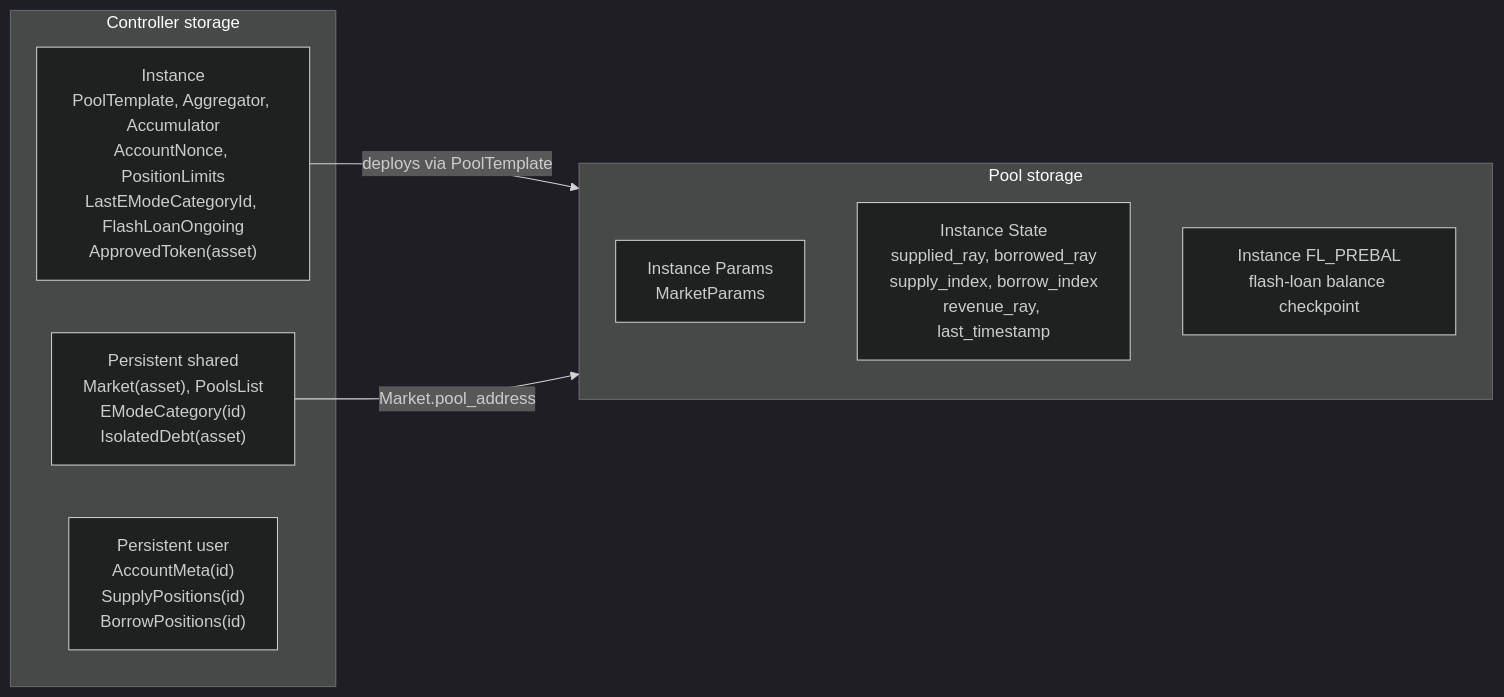
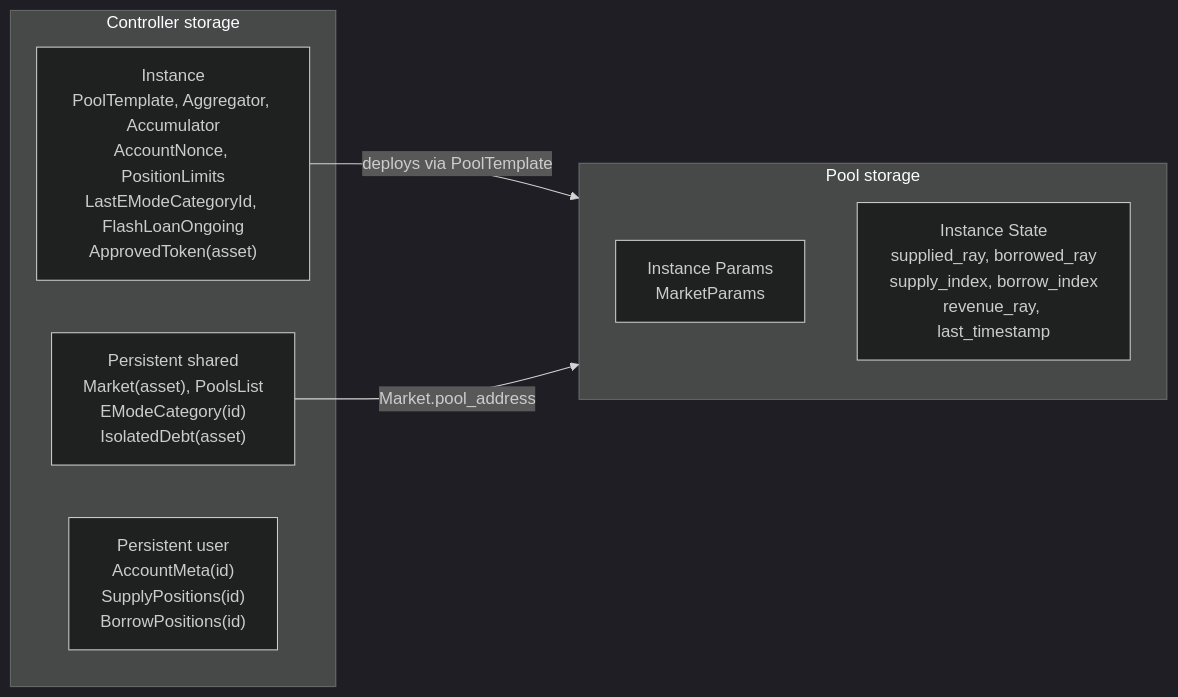
Before and after one commit to XOXNO/rs-lending-xlm: diagram 12 of 14 in SCF_BUILD_ARCHITECTURE.md, drawn with Mermaid (dark theme). The commit also changed other lines of this file and 23 other files, not shown here.

Commit message:
Harden flash loan flow

````diff
--- a/SCF_BUILD_ARCHITECTURE.md
+++ b/SCF_BUILD_ARCHITECTURE.md
@@ -869,17 +870,16 @@
 ```mermaid
 flowchart LR
     subgraph ControllerStorage["Controller storage"]
         I["Instance<br/>PoolTemplate, Aggregator, Accumulator<br/>AccountNonce, PositionLimits<br/>LastEModeCategoryId, FlashLoanOngoing<br/>ApprovedToken(asset)"]
         M["Persistent shared<br/>Market(asset), PoolsList<br/>EModeCategory(id)<br/>IsolatedDebt(asset)"]
         U["Persistent user<br/>AccountMeta(id)<br/>SupplyPositions(id)<br/>BorrowPositions(id)"]
     end
 
     subgraph PoolStorage["Pool storage"]
         PS["Instance Params<br/>MarketParams"]
         ST["Instance State<br/>supplied_ray, borrowed_ray<br/>supply_index, borrow_index<br/>revenue_ray, last_timestamp"]
-        FL["Instance FL_PREBAL<br/>flash-loan balance checkpoint"]
     end
 
     I -->|"deploys via PoolTemplate"| PoolStorage
     M -->|"Market.pool_address"| PoolStorage
 ```
````
